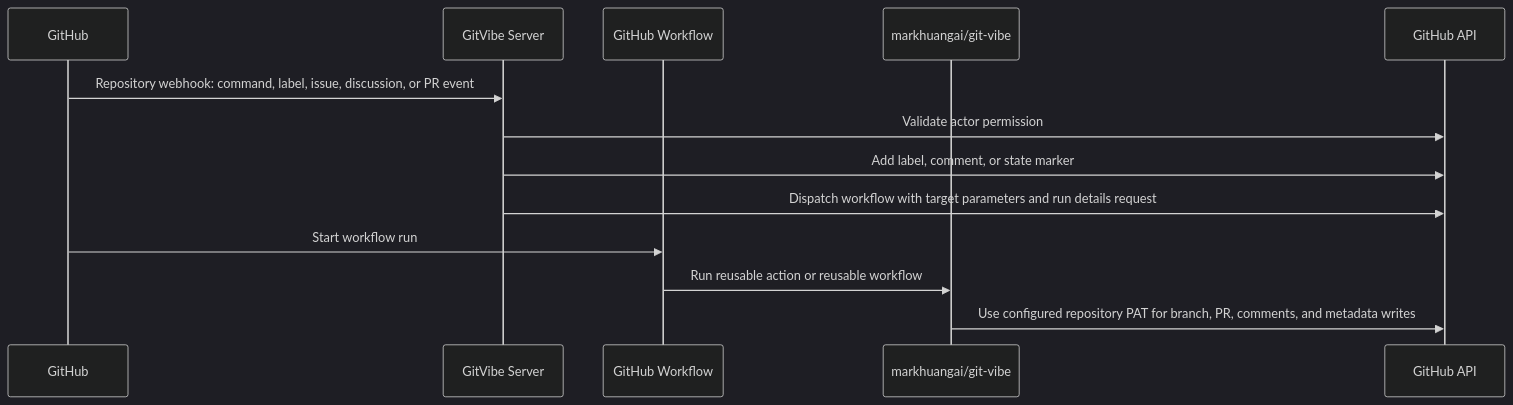
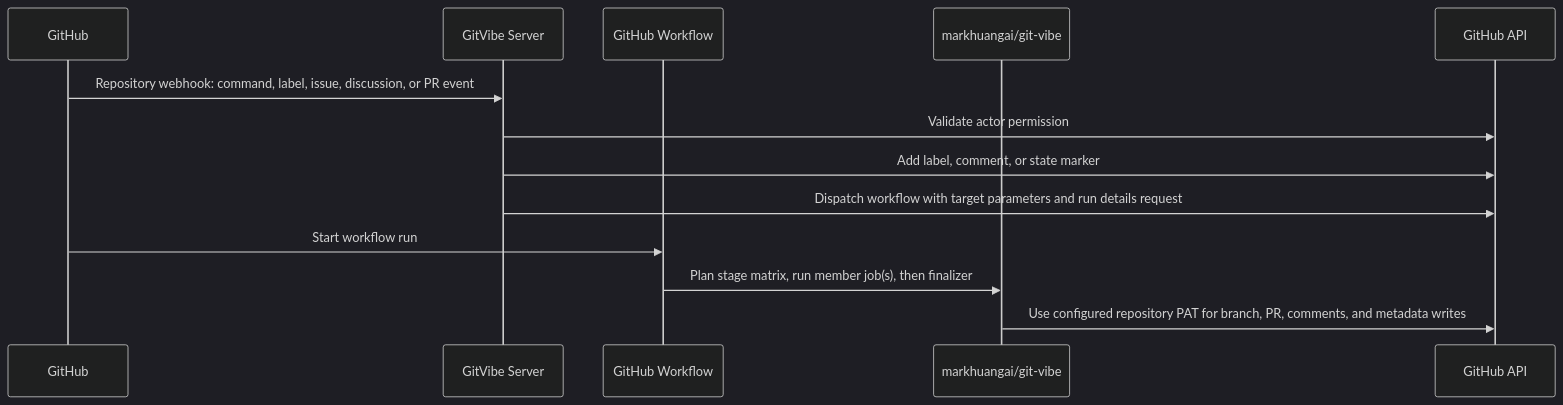
The second of 3 diagrams in docs/ARCHITECTURE.md (markhuangai/git-vibe), drawn with Mermaid (dark theme) before and after one commit. The commit also changed 38 other files, not shown here.

````diff
--- a/docs/ARCHITECTURE.md
+++ b/docs/ARCHITECTURE.md
@@ -60,16 +60,16 @@
 ```mermaid
 sequenceDiagram
   participant GH as GitHub
   participant App as GitVibe Server
   participant WF as GitHub Workflow
   participant Act as markhuangai/git-vibe
   participant API as GitHub API
 
   GH->>App: Repository webhook: command, label, issue, discussion, or PR event
   App->>API: Validate actor permission
   App->>API: Add label, comment, or state marker
   App->>API: Dispatch workflow with target parameters and run details request
   GH->>WF: Start workflow run
-  WF->>Act: Run reusable action or reusable workflow
+  WF->>Act: Plan stage matrix, run member job(s), then finalizer
   Act->>API: Use configured repository PAT for branch, PR, comments, and metadata writes
 ```
````
